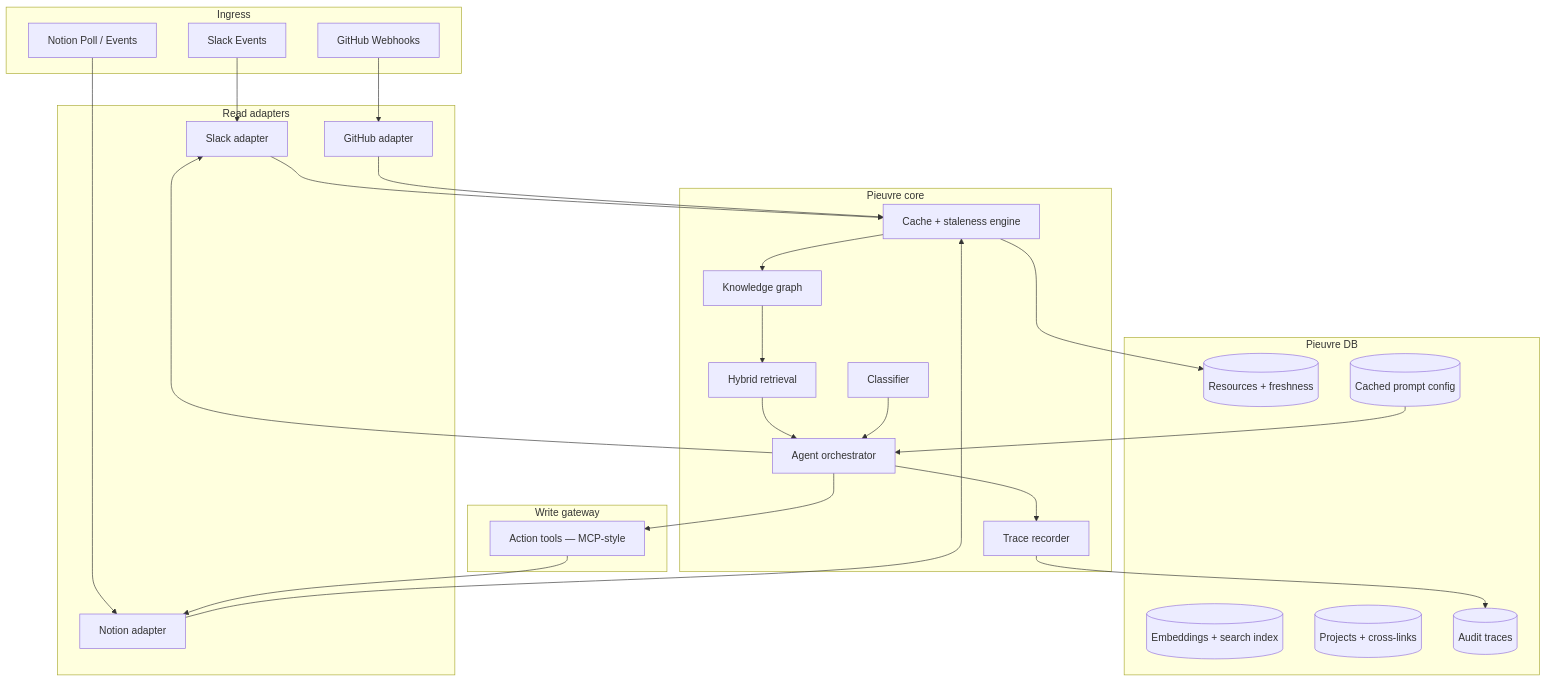
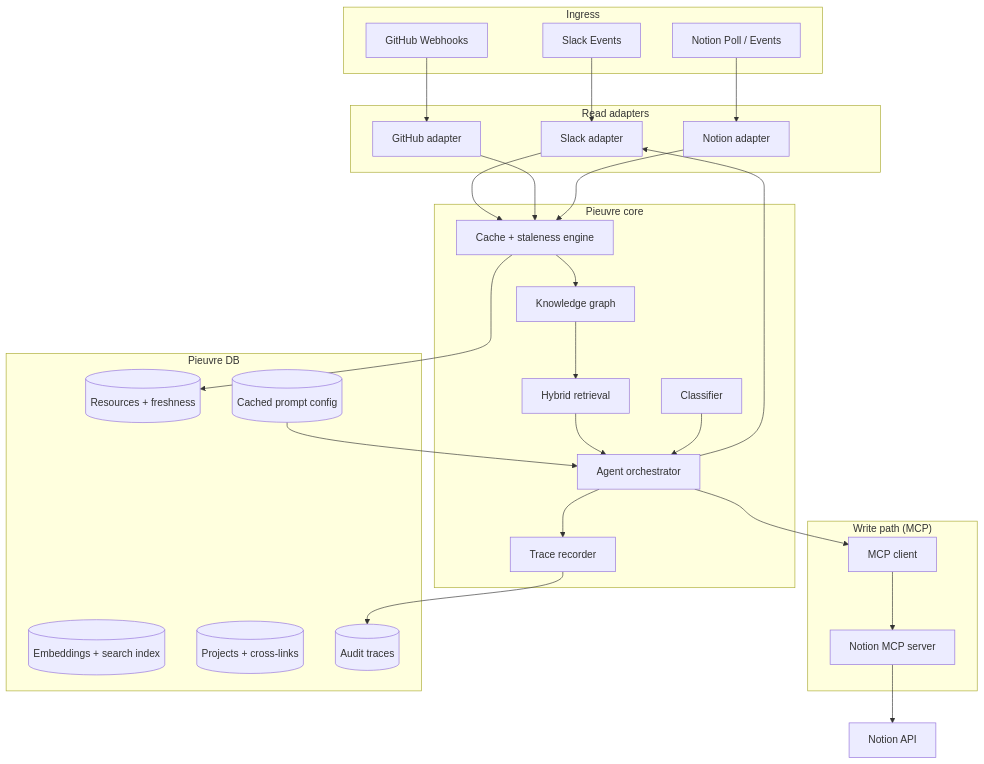
One commit to TeddySabatier/Pieuvre changed the third of 3 diagrams in README.md. Above: the diagram before and after it, drawn with Mermaid. The commit also changed other lines of this file and 1 other file, not shown here.

Commit message:
Refactor README and RESEARCH to clarify MCP integration, update terminology, and confirm V0 architecture decisions, including write actions and database choices.

````diff
--- a/README.md
+++ b/README.md
@@ -97,57 +97,59 @@
 ```mermaid
 graph TB
     subgraph ingress["Ingress"]
         SL[Slack Events]
         GH_WH[GitHub Webhooks]
         NO_POLL[Notion Poll / Events]
     end
 
     subgraph core["Pieuvre core"]
         ORCH[Agent orchestrator]
         CLS[Classifier]
         CACHE[Cache + staleness engine]
         GRAPH[Knowledge graph]
         RET[Hybrid retrieval]
         TRACE[Trace recorder]
     end
 
     subgraph adapters["Read adapters"]
         SL_A[Slack adapter]
         GH_A[GitHub adapter]
         NO_A[Notion adapter]
     end
 
-    subgraph write["Write gateway"]
-        MCP[Action tools — MCP-style]
+    subgraph write["Write path (MCP)"]
+        MCP[MCP client]
+        NO_MCP[Notion MCP server]
     end
 
     subgraph data["Pieuvre DB"]
         RES[(Resources + freshness)]
         IDX[(Embeddings + search index)]
         LINK[(Projects + cross-links)]
         AUD[(Audit traces)]
         CFG[(Cached prompt config)]
     end
 
     SL --> SL_A
     GH_WH --> GH_A
     NO_POLL --> NO_A
 
     SL_A --> CACHE
     GH_A --> CACHE
     NO_A --> CACHE
 
     CACHE --> RES
     CACHE --> GRAPH
     GRAPH --> RET
     RET --> ORCH
     CLS --> ORCH
     ORCH --> TRACE
     TRACE --> AUD
 
     ORCH --> MCP
-    MCP --> NO_A
+    MCP --> NO_MCP
+    NO_MCP --> N[Notion API]
 
     ORCH --> SL_A
     CFG --> ORCH
 ```
````
